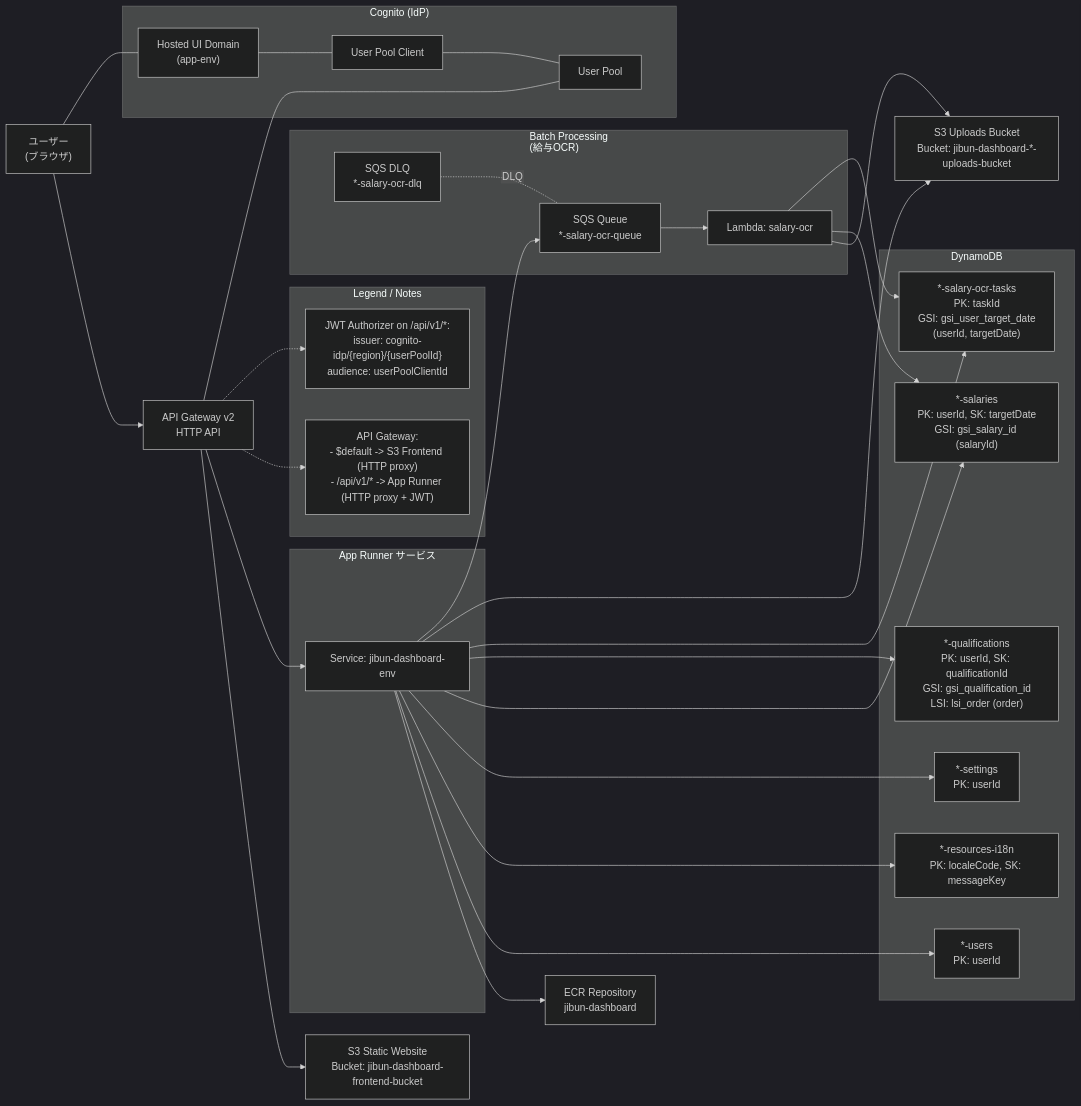
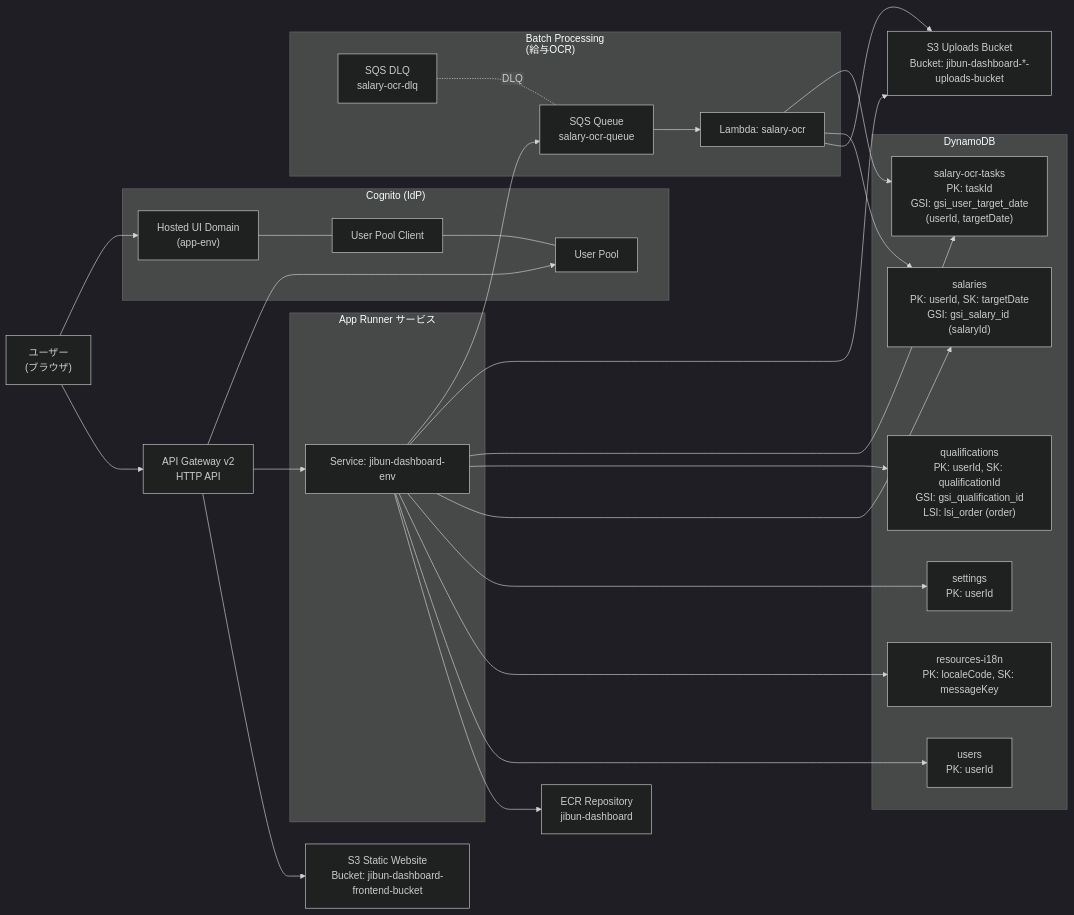
One commit to mori-akira/jibun-dashboard changed the first of 3 diagrams in doc/04.infra/diagram.md. Above: the diagram before and after it, drawn with Mermaid (dark theme).

````diff
--- a/doc/04.infra/diagram.md
+++ b/doc/04.infra/diagram.md
@@ -3,77 +3,68 @@
 ```mermaid
 %%{init: {'flowchart': {'htmlLabels': false}} }%%
 flowchart LR
 
   U["ユーザー<br>(ブラウザ)"]
 
   AGW["API Gateway v2<br>HTTP API"]
 
   S3_FRONT["S3 Static Website<br>Bucket: jibun-dashboard-frontend-bucket"]
   S3_UP["S3 Uploads Bucket<br>Bucket: jibun-dashboard-*-uploads-bucket"]
 
   subgraph COG["Cognito (IdP)"]
     CPool["User Pool"]
     CClient["User Pool Client"]
     CDomain["Hosted UI Domain<br>(app-env)"]
   end
 
   subgraph AR["App Runner サービス"]
     ARS["Service: jibun-dashboard-env"]
   end
 
   ECR["ECR Repository<br>jibun-dashboard"]
 
   subgraph DDB["DynamoDB"]
-    DUsers["*-users<br>PK: userId"]
-    DR18n["*-resources-i18n<br>PK: localeCode, SK: messageKey"]
-    DSettings["*-settings<br>PK: userId"]
-    DSalaries["*-salaries<br>PK: userId, SK: targetDate<br>GSI: gsi_salary_id (salaryId)"]
-    DOcrTasks["*-salary-ocr-tasks<br>PK: taskId<br>GSI: gsi_user_target_date<br>(userId, targetDate)"]
-    DQuals["*-qualifications<br>PK: userId, SK: qualificationId<br>GSI: gsi_qualification_id<br>LSI: lsi_order (order)"]
+    DUsers["users<br>PK: userId"]
+    DR18n["resources-i18n<br>PK: localeCode, SK: messageKey"]
+    DSettings["settings<br>PK: userId"]
+    DSalaries["salaries<br>PK: userId, SK: targetDate<br>GSI: gsi_salary_id (salaryId)"]
+    DOcrTasks["salary-ocr-tasks<br>PK: taskId<br>GSI: gsi_user_target_date<br>(userId, targetDate)"]
+    DQuals["qualifications<br>PK: userId, SK: qualificationId<br>GSI: gsi_qualification_id<br>LSI: lsi_order (order)"]
   end
 
   subgraph BATCH["Batch Processing<br>(給与OCR)"]
-    Q_DLQ["SQS DLQ<br>*-salary-ocr-dlq"]
-    Q_MAIN["SQS Queue<br>*-salary-ocr-queue"]
+    Q_DLQ["SQS DLQ<br>salary-ocr-dlq"]
+    Q_MAIN["SQS Queue<br>salary-ocr-queue"]
     L_SAL["Lambda: salary-ocr"]
   end
 
   %% ルーティング（リンクラベル無し）
   U --> AGW
   AGW --> S3_FRONT
   AGW --> ARS
 
   %% 認証フロー（概略）
-  U --- CDomain
+  U --> CDomain
   CDomain --- CClient
   CClient --- CPool
-  AGW --- CPool
+  AGW --> CPool
 
   %% バックエンド依存
   ARS --> ECR
   ARS --> DUsers
   ARS --> DR18n
   ARS --> DSettings
   ARS --> DSalaries
   ARS --> DQuals
   ARS --> DOcrTasks
   ARS --> S3_UP
 
   %% 給与OCRバッチフロー
   ARS --> Q_MAIN
   Q_MAIN --> L_SAL
   Q_DLQ -. DLQ .- Q_MAIN
 
   L_SAL --> S3_UP
   L_SAL --> DSalaries
   L_SAL --> DOcrTasks
-
-  %% 凡例（テキストノード）
-  subgraph LEGEND["Legend / Notes"]
-    L1["API Gateway:<br>- $default -> S3 Frontend (HTTP proxy)<br>- /api/v1/* -> App Runner (HTTP proxy + JWT)"]
-    L2["JWT Authorizer on /api/v1/*:<br>issuer: cognito-idp/{region}/{userPoolId}<br>audience: userPoolClientId"]
-  end
-
-  AGW -.-> L1
-  AGW -.-> L2
 ```
````
